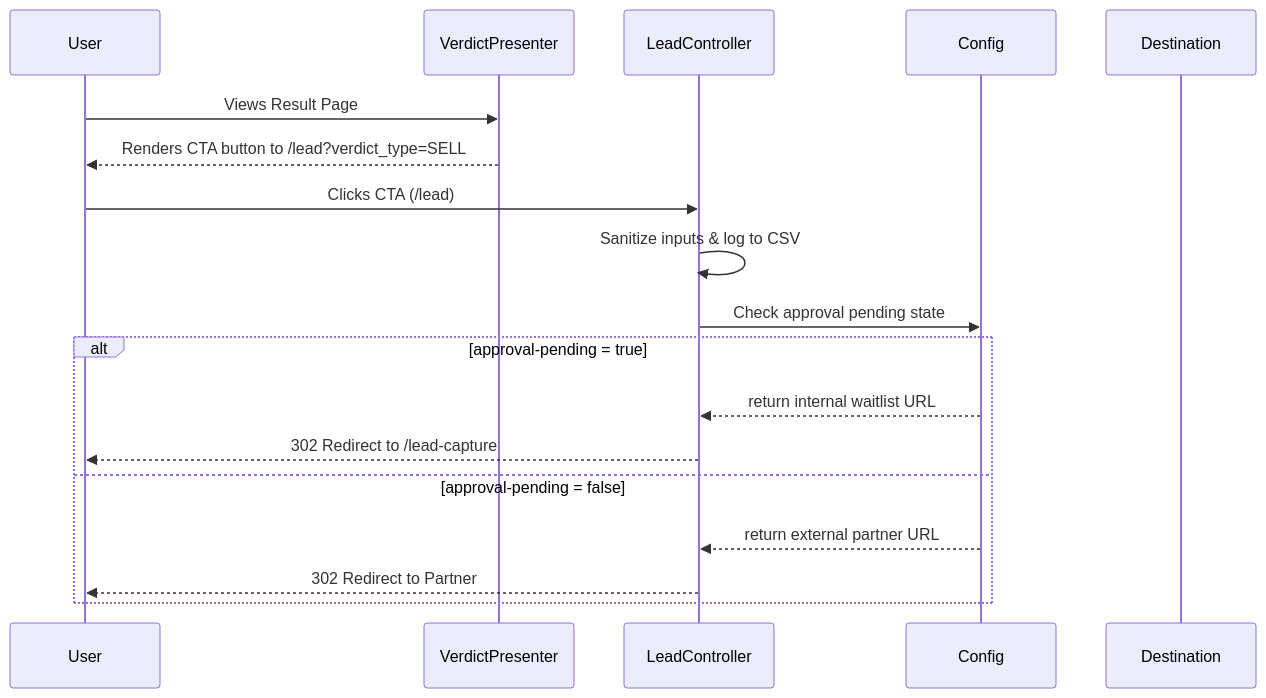
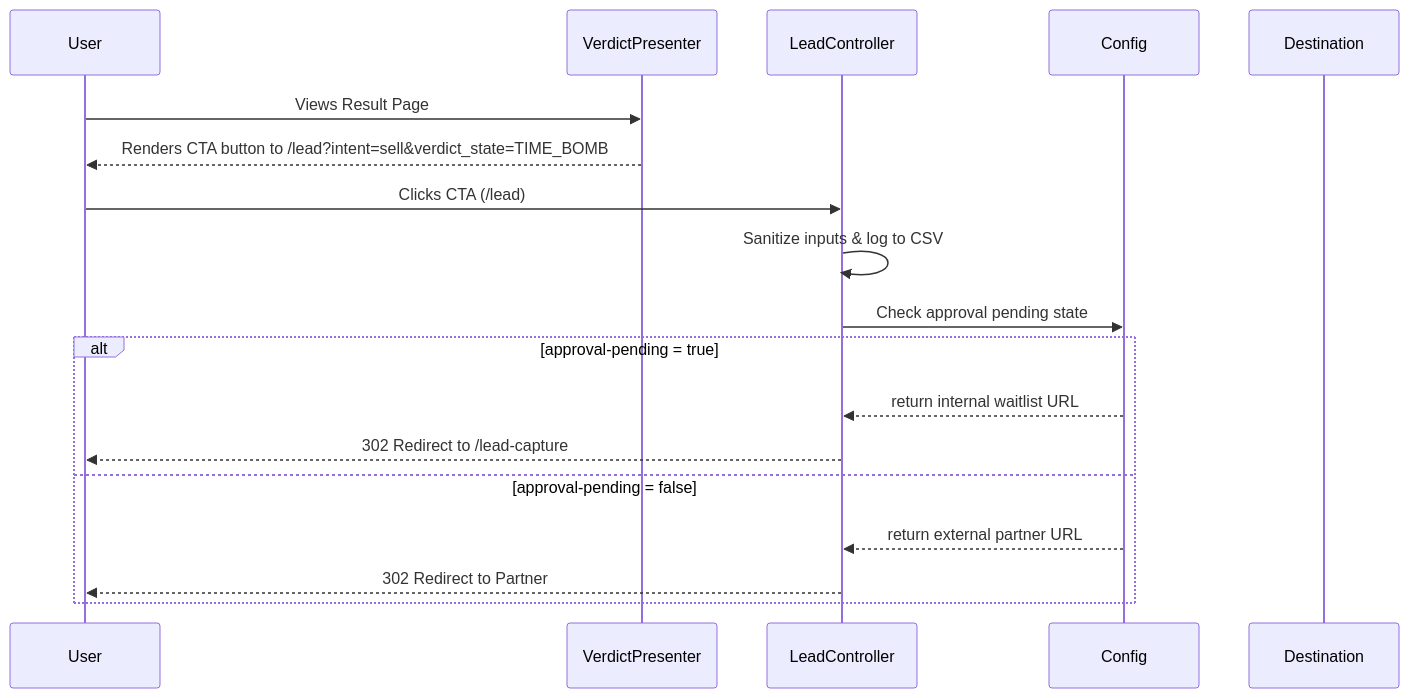
Before and after one commit to ichbinhyeok/CarMonenyPit: the diagram in docs/LEAD_FLOW_ARCHITECTURE.md, drawn with Mermaid. The commit also changed other lines of this file and 3 other files, not shown here.

````diff
--- a/docs/LEAD_FLOW_ARCHITECTURE.md
+++ b/docs/LEAD_FLOW_ARCHITECTURE.md
@@ -21,21 +21,21 @@
 ```mermaid
 sequenceDiagram
     participant User
     participant VerdictPresenter
     participant LeadController
     participant Config
     participant Destination
 
     User->>VerdictPresenter: Views Result Page
-    VerdictPresenter-->>User: Renders CTA button to /lead?verdict_type=SELL
+    VerdictPresenter-->>User: Renders CTA button to /lead?intent=sell&verdict_state=TIME_BOMB
     User->>LeadController: Clicks CTA (/lead)
     LeadController->>LeadController: Sanitize inputs & log to CSV
     LeadController->>Config: Check approval pending state
     alt approval-pending = true
         Config-->>LeadController: return internal waitlist URL
         LeadController-->>User: 302 Redirect to /lead-capture
     else approval-pending = false
         Config-->>LeadController: return external partner URL
         LeadController-->>User: 302 Redirect to Partner
     end
 ```
````
